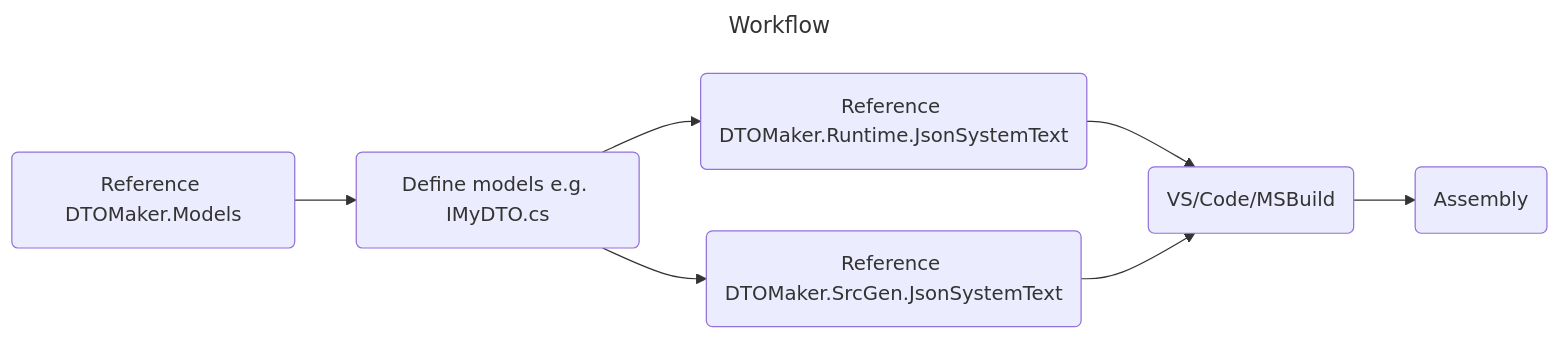
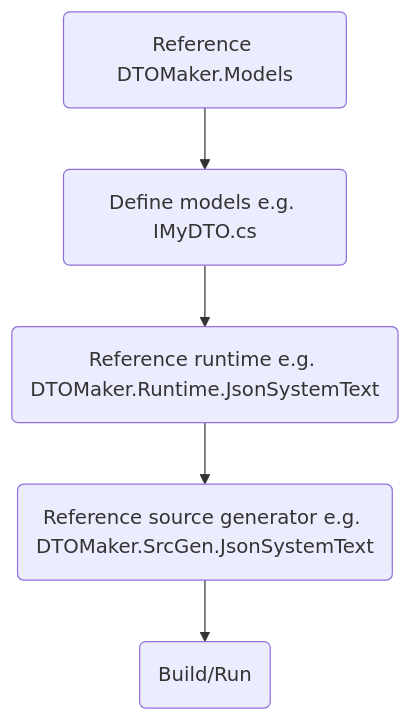
The diagram in README.md (datafac/dtomaker-all), drawn with Mermaid before and after one commit. The commit also changed other lines of this file and 1 other file, not shown here.

````diff
--- a/README.md
+++ b/README.md
@@ -19,18 +19,12 @@
 ```mermaid
----
-title: Workflow
----
-flowchart LR
+flowchart TB
     def(Define models e.g. IMyDTO.cs)
     ref1(Reference DTOMaker.Models)
-    ref2(Reference DTOMaker.Runtime.JsonSystemText)
-    ref3(Reference DTOMaker.SrcGen.JsonSystemText)
-    bld(VS/Code/MSBuild)
-    pkg(Assembly)
+    ref2(Reference runtime e.g. DTOMaker.Runtime.JsonSystemText)
+    ref3(Reference source generator e.g. DTOMaker.SrcGen.JsonSystemText)
+    bld(Build/Run)
     ref1-->def
     def-->ref2
-    def-->ref3
-    ref2-->bld
+    ref2-->ref3
     ref3-->bld
-    bld-->pkg
 ```
````
